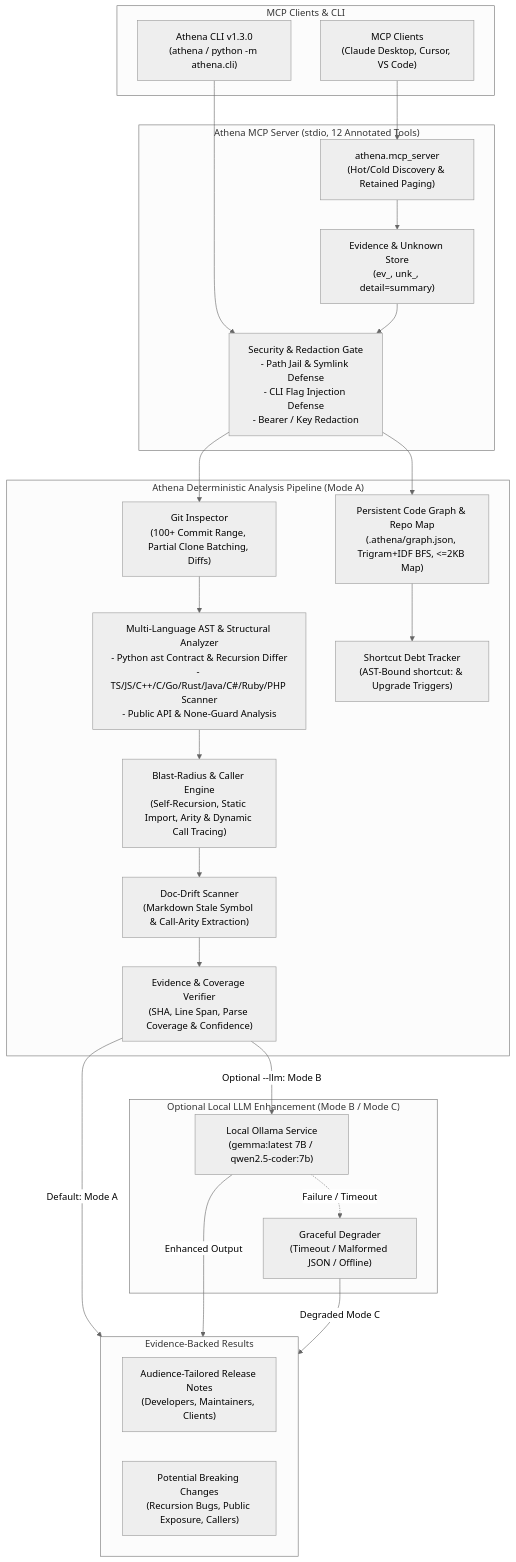
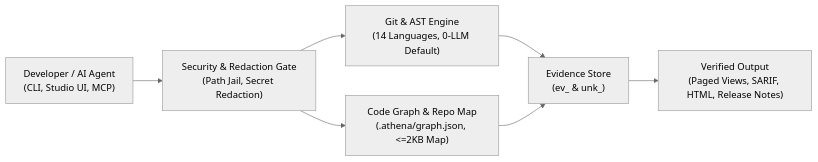
Before and after one commit to aaryanrwt/athena: the diagram in README.md, drawn with Mermaid (neutral theme). The commit also changed other lines of this file and 1 other file, not shown here.

Commit message:
docs: simplify and humanize README and add 10-repo 100-commit benchmark

````diff
--- a/README.md
+++ b/README.md
@@ -164,51 +62,9 @@
 ```mermaid
-flowchart TD
-    subgraph Client["MCP Clients & CLI"]
-        CLI["Athena CLI v1.3.0\n(athena / python -m athena.cli)"]
-        IDE["MCP Clients\n(Claude Desktop, Cursor, VS Code)"]
-    end
-
-    subgraph Server["Athena MCP Server (stdio, 12 Annotated Tools)"]
-        MCP["athena.mcp_server\n(Hot/Cold Discovery & Retained Paging)"]
-        EVSTORE["Evidence & Unknown Store\n(ev_<sha256>, unk_<sha256>, detail=summary)"]
-        SEC["Security & Redaction Gate\n- Path Jail & Symlink Defense\n- CLI Flag Injection Defense\n- Bearer / Key Redaction"]
-    end
-
-    subgraph Pipeline["Athena Deterministic Analysis Pipeline (Mode A)"]
-        GIT["Git Inspector\n(100+ Commit Range, Partial Clone Batching, Diffs)"]
-        AST["Multi-Language AST & Structural Analyzer\n- Python ast Contract & Recursion Differ\n- TS/JS/C++/C/Go/Rust/Java/C#/Ruby/PHP Scanner\n- Public API & None-Guard Analysis"]
-        GRAPH["Persistent Code Graph & Repo Map\n(.athena/graph.json, Trigram+IDF BFS, <=2KB Map)"]
-        DEBT["Shortcut Debt Tracker\n(AST-Bound shortcut: & Upgrade Triggers)"]
-        BLAST["Blast-Radius & Caller Engine\n(Self-Recursion, Static Import, Arity & Dynamic Call Tracing)"]
-        DRIFT["Doc-Drift Scanner\n(Markdown Stale Symbol & Call-Arity Extraction)"]
-        VERIFY["Evidence & Coverage Verifier\n(SHA, Line Span, Parse Coverage & Confidence)"]
-    end
-
-    subgraph OptionalAI["Optional Local LLM Enhancement (Mode B / Mode C)"]
-        OLLAMA["Local Ollama Service\n(gemma:latest 7B / qwen2.5-coder:7b)"]
-        FALLBACK["Graceful Degrader\n(Timeout / Malformed JSON / Offline)"]
-    end
-
-    subgraph Output["Evidence-Backed Results"]
-        REPORT["Audience-Tailored Release Notes\n(Developers, Maintainers, Clients)"]
-        BREAK["Potential Breaking Changes\n(Recursion Bugs, Public Exposure, Callers)"]
-    end
-
-    CLI --> SEC
-    IDE --> MCP
-    MCP --> EVSTORE
-    EVSTORE --> SEC
-    SEC --> GIT
-    SEC --> GRAPH
-    GRAPH --> DEBT
-    GIT --> AST
-    AST --> BLAST
-    BLAST --> DRIFT
-    DRIFT --> VERIFY
-
-    VERIFY -->|Default: Mode A| Output
-    VERIFY -->|Optional --llm: Mode B| OLLAMA
-    OLLAMA -->|Enhanced Output| Output
-    OLLAMA -.->|Failure / Timeout| FALLBACK
-    FALLBACK -->|Degraded Mode C| Output
+flowchart LR
+    User["Developer / AI Agent\n(CLI, Studio UI, MCP)"] --> Gate["Security & Redaction Gate\n(Path Jail, Secret Redaction)"]
+    Gate --> Git["Git & AST Engine\n(14 Languages, 0-LLM Default)"]
+    Gate --> Graph["Code Graph & Repo Map\n(.athena/graph.json, <=2KB Map)"]
+    Git --> Evidence["Evidence Store\n(ev_<sha256> & unk_<sha256>)"]
+    Graph --> Evidence
+    Evidence --> Output["Verified Output\n(Paged Views, SARIF, HTML, Release Notes)"]
 ```
````
